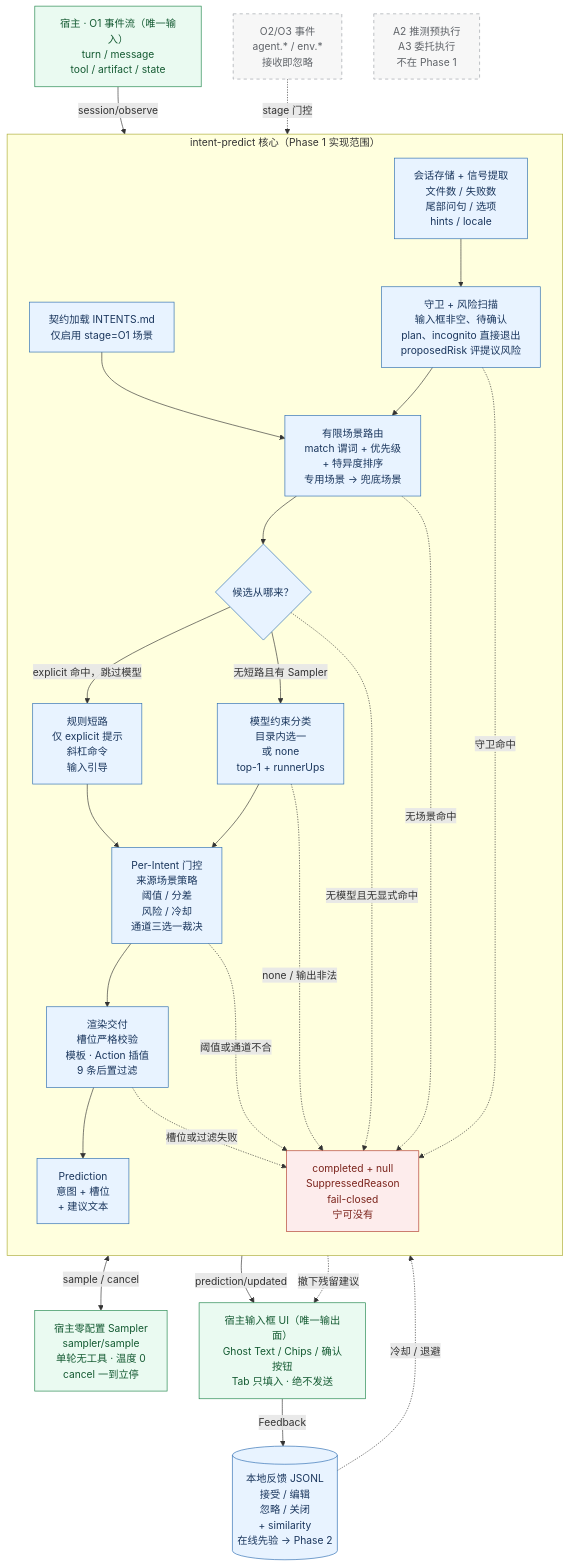
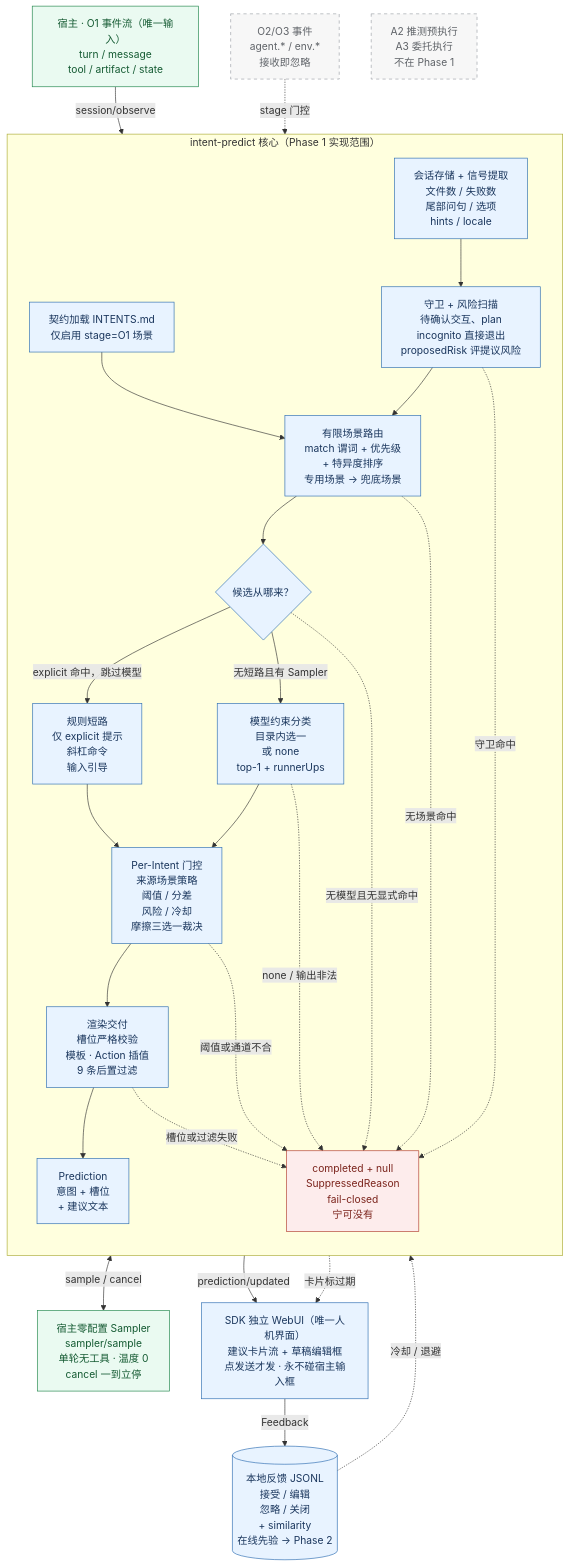
Before and after one commit to susyimes/intent-predict: the first of 7 diagrams in docs/diagrams.md, drawn with Mermaid. The commit also changed other lines of this file and 13 other files, not shown here.

Commit message:
feat(spec): fully decouple from host composer with independent Web UI (quick/choice/confirm tiers, dispatch modes, Phase 1 mockup)

````diff
--- a/docs/diagrams.md
+++ b/docs/diagrams.md
@@ -28,49 +32,49 @@
 ```mermaid
 flowchart TB
   classDef now fill:#e8f3ff,stroke:#2b6cb0,color:#1a365d
   classDef future fill:#f7f7f7,stroke:#9aa0a6,color:#5f6368,stroke-dasharray: 5 5
   classDef stop fill:#fdecec,stroke:#b03a2e,color:#7b241c
   classDef host fill:#eafaf1,stroke:#1e8449,color:#145a32
 
   EV["宿主 · O1 事件流（唯一输入）<br/>turn / message<br/>tool / artifact / state"]:::host
   XB["O2/O3 事件<br/>agent.* / env.*<br/>接收即忽略"]:::future
 
   subgraph Core["intent-predict 核心（Phase 1 实现范围）"]
     direction TB
     LD["契约加载 INTENTS.md<br/>仅启用 stage=O1 场景"]:::now
     SS["会话存储 + 信号提取<br/>文件数 / 失败数<br/>尾部问句 / 选项<br/>hints / locale"]:::now
-    GD["守卫 + 风险扫描<br/>输入框非空、待确认<br/>plan、incognito 直接退出<br/>proposedRisk 评提议风险"]:::now
+    GD["守卫 + 风险扫描<br/>待确认交互、plan<br/>incognito 直接退出<br/>proposedRisk 评提议风险"]:::now
     RT["有限场景路由<br/>match 谓词 + 优先级<br/>+ 特异度排序<br/>专用场景 → 兜底场景"]:::now
     CD{"候选从哪来？"}:::now
     RL["规则短路<br/>仅 explicit 提示<br/>斜杠命令<br/>输入引导"]:::now
     MD["模型约束分类<br/>目录内选一<br/>或 none<br/>top-1 + runnerUps"]:::now
-    GT["Per-Intent 门控<br/>来源场景策略<br/>阈值 / 分差<br/>风险 / 冷却<br/>通道三选一裁决"]:::now
+    GT["Per-Intent 门控<br/>来源场景策略<br/>阈值 / 分差<br/>风险 / 冷却<br/>摩擦三选一裁决"]:::now
     RD["渲染交付<br/>槽位严格校验<br/>模板 · Action 插值<br/>9 条后置过滤"]:::now
     PD["Prediction<br/>意图 + 槽位<br/>+ 建议文本"]:::now
     NX["completed + null<br/>SuppressedReason<br/>fail-closed<br/>宁可没有"]:::stop
     LD --> RT
     SS --> GD --> RT --> CD
     CD -->|"explicit 命中，跳过模型"| RL --> GT
     CD -->|"无短路且有 Sampler"| MD --> GT
     CD -.->|"无模型且无显式命中"| NX
     GT --> RD --> PD
     GD -.->|"守卫命中"| NX
     RT -.->|"无场景命中"| NX
     MD -.->|"none / 输出非法"| NX
     GT -.->|"阈值或通道不合"| NX
     RD -.->|"槽位或过滤失败"| NX
   end
 
   SM["宿主零配置 Sampler<br/>sampler/sample<br/>单轮无工具 · 温度 0<br/>cancel 一到立停"]:::host
-  UI["宿主输入框 UI（唯一输出面）<br/>Ghost Text / Chips / 确认按钮<br/>Tab 只填入 · 绝不发送"]:::host
+  UI["SDK 独立 WebUI（唯一人机界面）<br/>建议卡片流 + 草稿编辑框<br/>点发送才发 · 永不碰宿主输入框"]:::now
   FB[("本地反馈 JSONL<br/>接受 / 编辑<br/>忽略 / 关闭<br/>+ similarity<br/>在线先验 → Phase 2")]:::now
   AG["A2 推测预执行<br/>A3 委托执行<br/>不在 Phase 1"]:::future
 
   EV -->|"session/observe"| SS
   XB -.->|"stage 门控"| SS
   MD <-->|"sample / cancel"| SM
   PD -->|"prediction/updated"| UI
-  NX -.->|"撤下残留建议"| UI
+  NX -.->|"卡片标过期"| UI
   UI -->|"Feedback"| FB
   FB -.->|"冷却 / 退避"| GT
 ```
````
